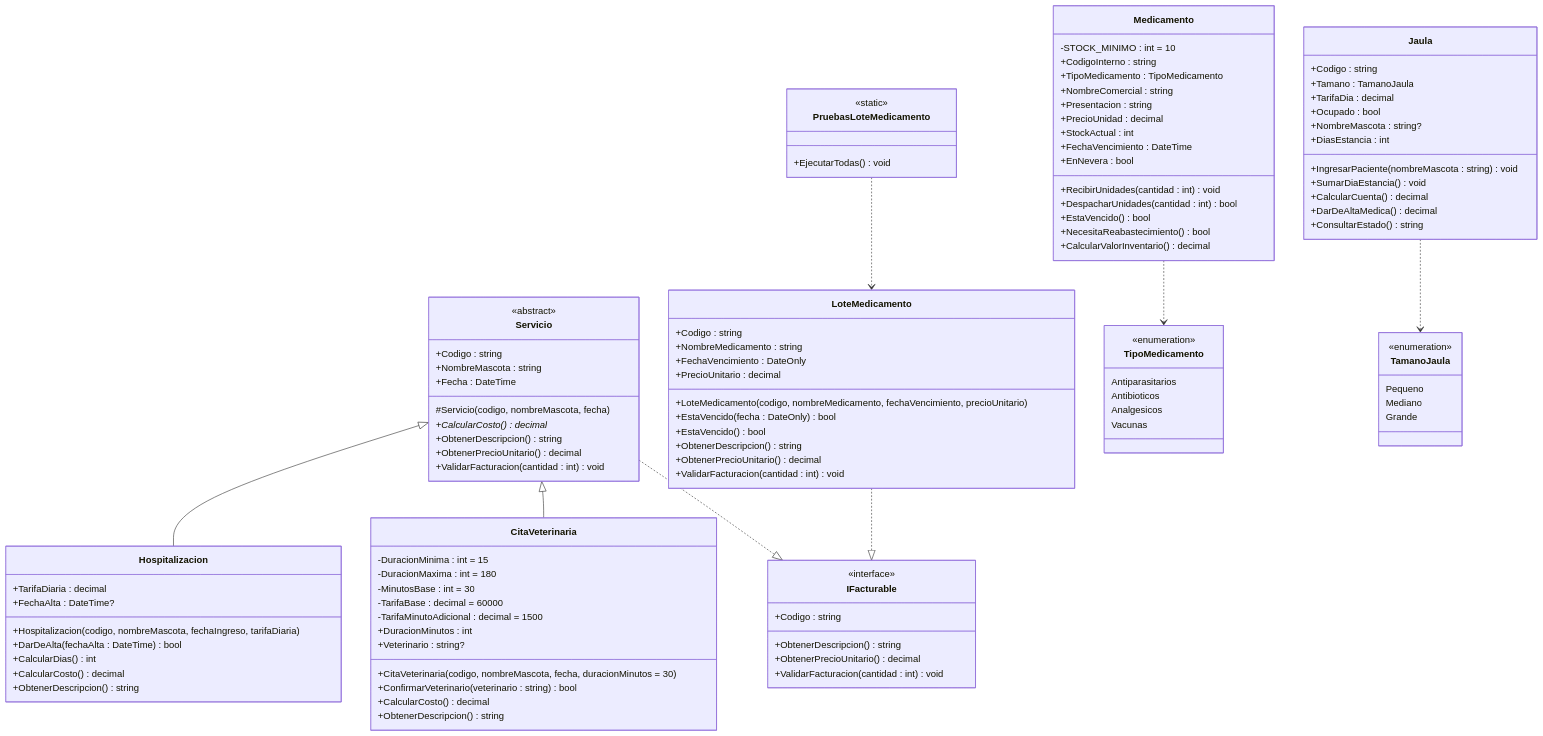
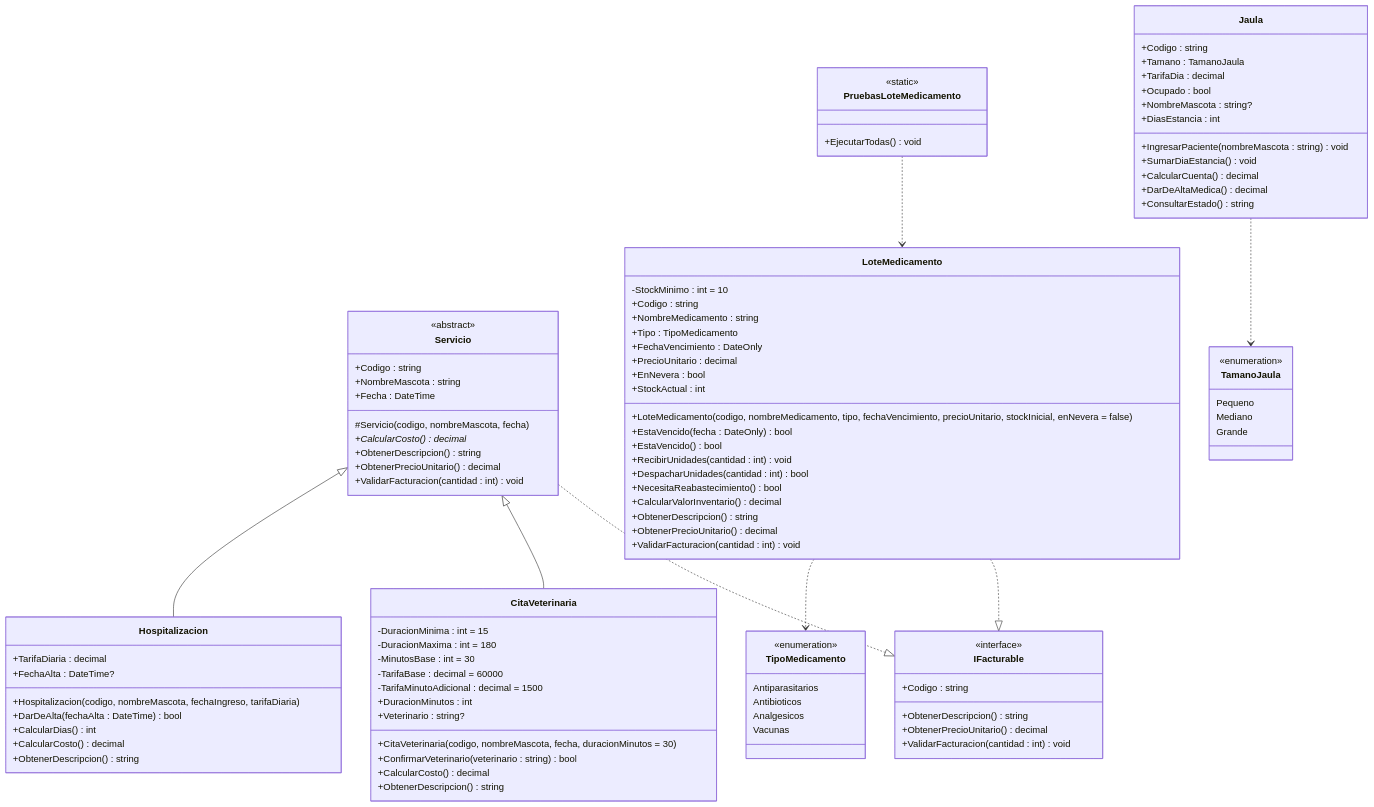
The diagram in README.md (AdelRamos-coder/TallerPetCare), drawn with Mermaid before and after one commit. The commit also changed other lines of this file and 4 other files, not shown here.

First line of the commit message:
Medicamento se une a LoteMedicamento

````diff
--- a/README.md
+++ b/README.md
@@ -89,13 +90,21 @@
     }
 
     class LoteMedicamento {
+        -StockMinimo : int = 10
         +Codigo : string
         +NombreMedicamento : string
+        +Tipo : TipoMedicamento
         +FechaVencimiento : DateOnly
         +PrecioUnitario : decimal
-        +LoteMedicamento(codigo, nombreMedicamento, fechaVencimiento, precioUnitario)
+        +EnNevera : bool
+        +StockActual : int
+        +LoteMedicamento(codigo, nombreMedicamento, tipo, fechaVencimiento, precioUnitario, stockInicial, enNevera = false)
         +EstaVencido(fecha : DateOnly) bool
         +EstaVencido() bool
+        +RecibirUnidades(cantidad : int) void
+        +DespacharUnidades(cantidad : int) bool
+        +NecesitaReabastecimiento() bool
+        +CalcularValorInventario() decimal
         +ObtenerDescripcion() string
         +ObtenerPrecioUnitario() decimal
         +ValidarFacturacion(cantidad : int) void
@@ -104,23 +113,6 @@
     class PruebasLoteMedicamento {
         <<static>>
         +EjecutarTodas() void
-    }
-
-    class Medicamento {
-        -STOCK_MINIMO : int = 10
-        +CodigoInterno : string
-        +TipoMedicamento : TipoMedicamento
-        +NombreComercial : string
-        +Presentacion : string
-        +PrecioUnidad : decimal
-        +StockActual : int
-        +FechaVencimiento : DateTime
-        +EnNevera : bool
-        +RecibirUnidades(cantidad : int) void
-        +DespacharUnidades(cantidad : int) bool
-        +EstaVencido() bool
-        +NecesitaReabastecimiento() bool
-        +CalcularValorInventario() decimal
     }
 
     class Jaula {
@@ -157,6 +149,6 @@
     Servicio <|-- CitaVeterinaria
     Servicio <|-- Hospitalizacion
     PruebasLoteMedicamento ..> LoteMedicamento
-    Medicamento ..> TipoMedicamento
+    LoteMedicamento ..> TipoMedicamento
     Jaula ..> TamanoJaula
 ```
````
